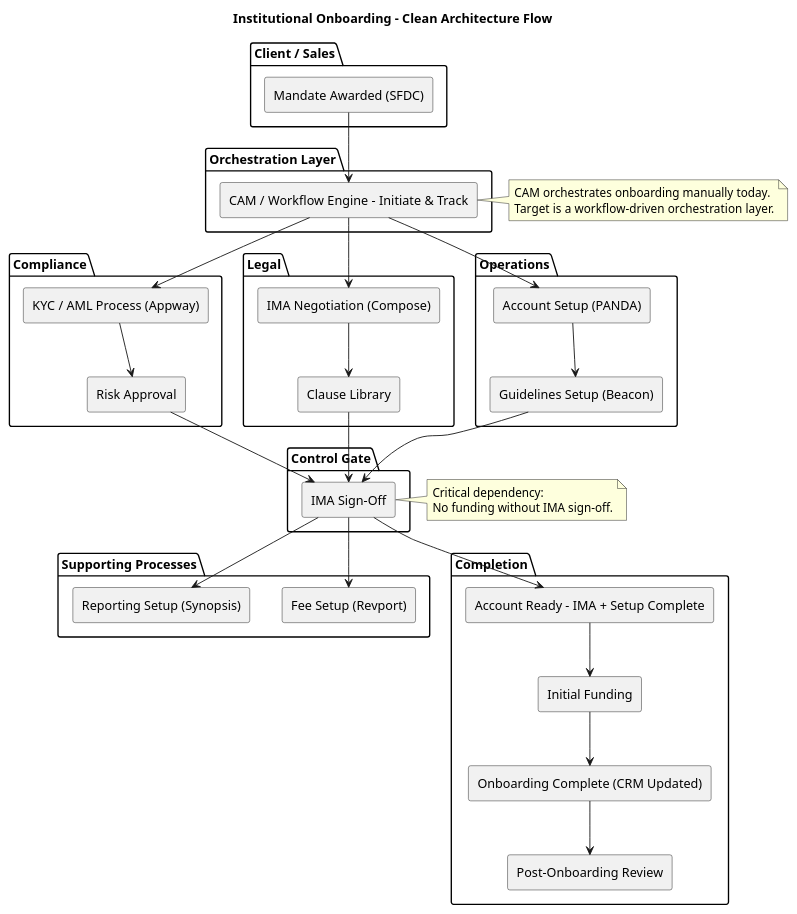
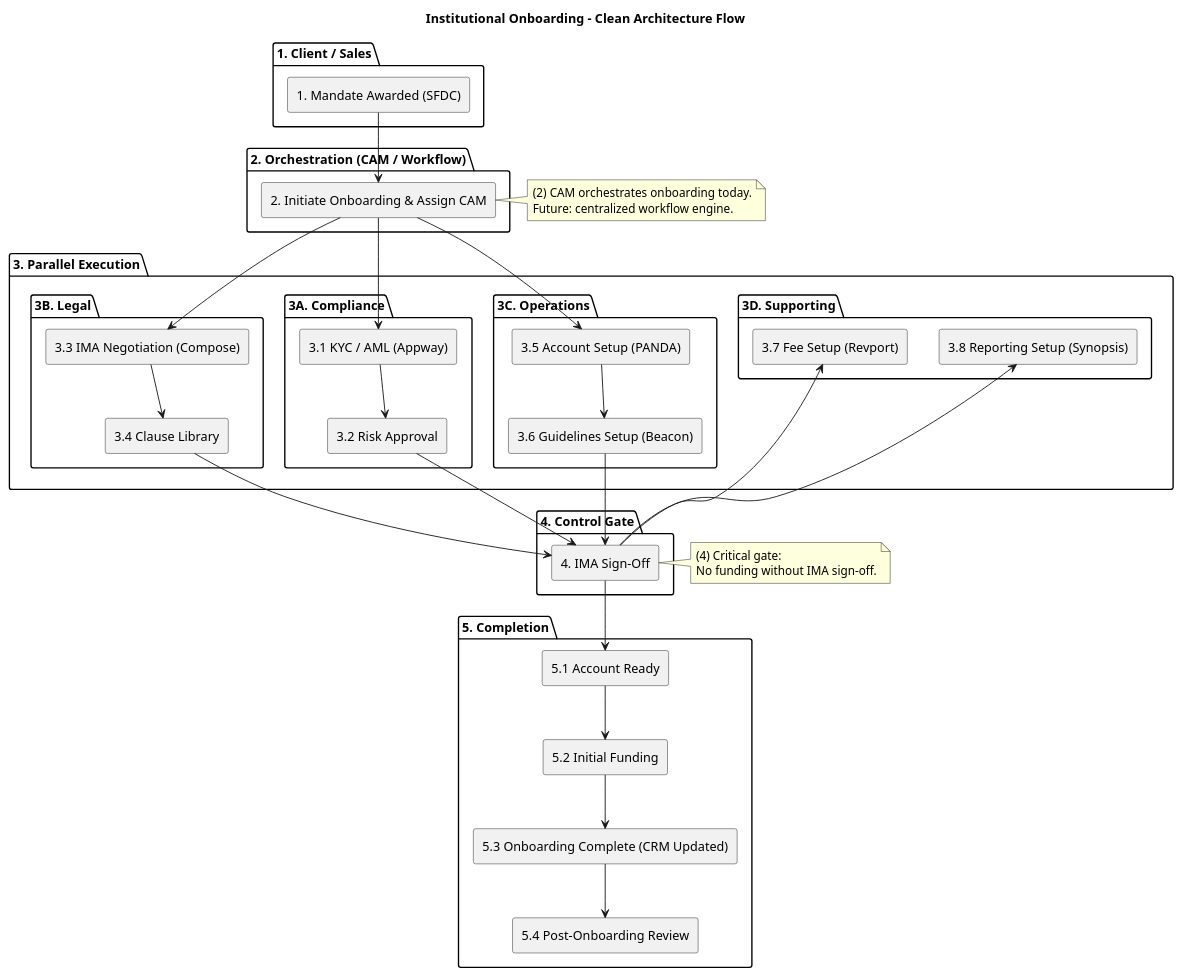
One commit to ahmedHanie93/Personal-projects changed the diagram in Design/am/onb/hlaInst.puml. Above: the diagram before and after it, drawn with PlantUML.

Commit message:
added numbers

```diff
--- a/Design/am/onb/hlaInst.puml
+++ b/Design/am/onb/hlaInst.puml
@@ -1,87 +1,90 @@
 @startuml
 title Institutional Onboarding - Clean Architecture Flow
 
 skinparam componentStyle rectangle
 skinparam shadowing false
 
-' ==== ENTRY LAYER ====
-package "Client / Sales" {
-  [Mandate Awarded (SFDC)] as SFDC
+' ==== ENTRY ====
+package "1. Client / Sales" {
+  [1. Mandate Awarded (SFDC)] as SFDC
 }
 
-' ==== ORCHESTRATION LAYER ====
-package "Orchestration Layer" {
-  [CAM / Workflow Engine - Initiate & Track] as CAM
+' ==== ORCHESTRATION ====
+package "2. Orchestration (CAM / Workflow)" {
+  [2. Initiate Onboarding & Assign CAM] as CAM
 }
 
-' ==== EXECUTION LAYERS ====
-package "Compliance" {
-  [KYC / AML Process (Appway)] as KYC
-  [Risk Approval] as RISK
-}
+' ==== EXECUTION ====
+package "3. Parallel Execution" {
 
-package "Legal" {
-  [IMA Negotiation (Compose)] as IMA
-  [Clause Library] as CLAUSE
-}
+  package "3A. Compliance" {
+    [3.1 KYC / AML (Appway)] as KYC
+    [3.2 Risk Approval] as RISK
+  }
 
-package "Operations" {
-  [Account Setup (PANDA)] as ACCOUNT
-  [Guidelines Setup (Beacon)] as GUIDELINES
-}
+  package "3B. Legal" {
+    [3.3 IMA Negotiation (Compose)] as IMA
+    [3.4 Clause Library] as CLAUSE
+  }
 
-package "Supporting Processes" {
-  [Fee Setup (Revport)] as FEE
-  [Reporting Setup (Synopsis)] as REPORT
+  package "3C. Operations" {
+    [3.5 Account Setup (PANDA)] as ACCOUNT
+    [3.6 Guidelines Setup (Beacon)] as GUIDELINES
+  }
+
+  package "3D. Supporting" {
+    [3.7 Fee Setup (Revport)] as FEE
+    [3.8 Reporting Setup (Synopsis)] as REPORT
+  }
 }
 
 ' ==== CONTROL GATE ====
-package "Control Gate" {
-  [IMA Sign-Off] as SIGNOFF
+package "4. Control Gate" {
+  [4. IMA Sign-Off] as SIGNOFF
 }
 
 ' ==== COMPLETION ====
-package "Completion" {
-  [Account Ready - IMA + Setup Complete] as READY
-  [Initial Funding] as FUNDING
-  [Onboarding Complete (CRM Updated)] as COMPLETE
-  [Post-Onboarding Review] as REVIEW
+package "5. Completion" {
+  [5.1 Account Ready] as READY
+  [5.2 Initial Funding] as FUNDING
+  [5.3 Onboarding Complete (CRM Updated)] as COMPLETE
+  [5.4 Post-Onboarding Review] as REVIEW
 }
 
 ' ==== FLOW ====
 SFDC --> CAM
 
 CAM --> KYC
 CAM --> IMA
 CAM --> ACCOUNT
 
 KYC --> RISK
 RISK --> SIGNOFF
 
 IMA --> CLAUSE
 CLAUSE --> SIGNOFF
 
 ACCOUNT --> GUIDELINES
 GUIDELINES --> SIGNOFF
 
 SIGNOFF --> FEE
 SIGNOFF --> REPORT
 
 SIGNOFF --> READY
 
 READY --> FUNDING
 FUNDING --> COMPLETE
 COMPLETE --> REVIEW
 
 ' ==== NOTES ====
 note right of CAM
-CAM orchestrates onboarding manually today.
-Target is a workflow-driven orchestration layer.
+(2) CAM orchestrates onboarding today.
+Future: centralized workflow engine.
 end note
 
 note right of SIGNOFF
-Critical dependency:
+(4) Critical gate:
 No funding without IMA sign-off.
 end note
 
 @enduml
```
